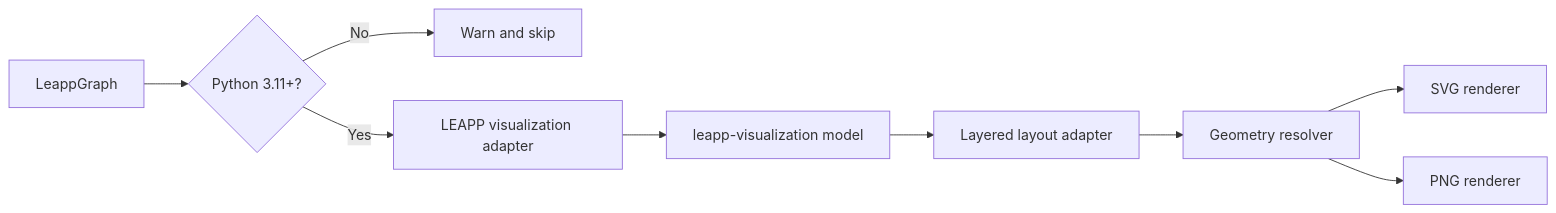
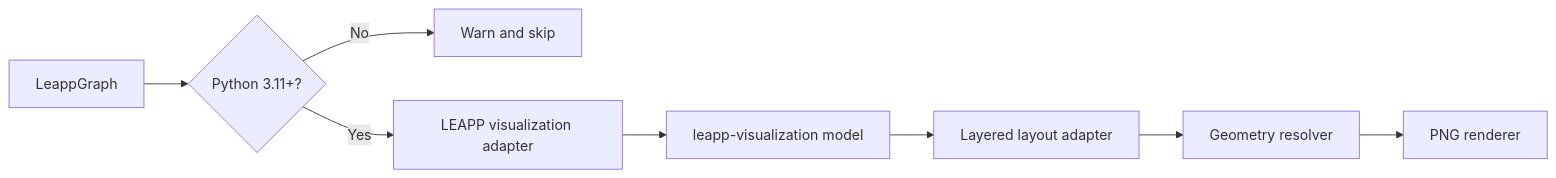
The diagram in docs/design/graph-visualization-autolayout.md (nvidia-isaac/leapp), drawn with Mermaid before and after one commit. The commit also changed other lines of this file and 24 other files, not shown here.

First line of the commit message:
Remove SVG rendering from graph visualization

````diff
--- a/docs/design/graph-visualization-autolayout.md
+++ b/docs/design/graph-visualization-autolayout.md
@@ -100,11 +98,10 @@
 ```mermaid
 flowchart LR
     A[LeappGraph] --> H{Python 3.11+?}
     H -->|No| I[Warn and skip]
     H -->|Yes| B[LEAPP visualization adapter]
     B --> C[leapp-visualization model]
     C --> D[Layered layout adapter]
     D --> E[Geometry resolver]
-    E --> F[SVG renderer]
-    E --> G[PNG renderer]
+    E --> F[PNG renderer]
 ```
````
